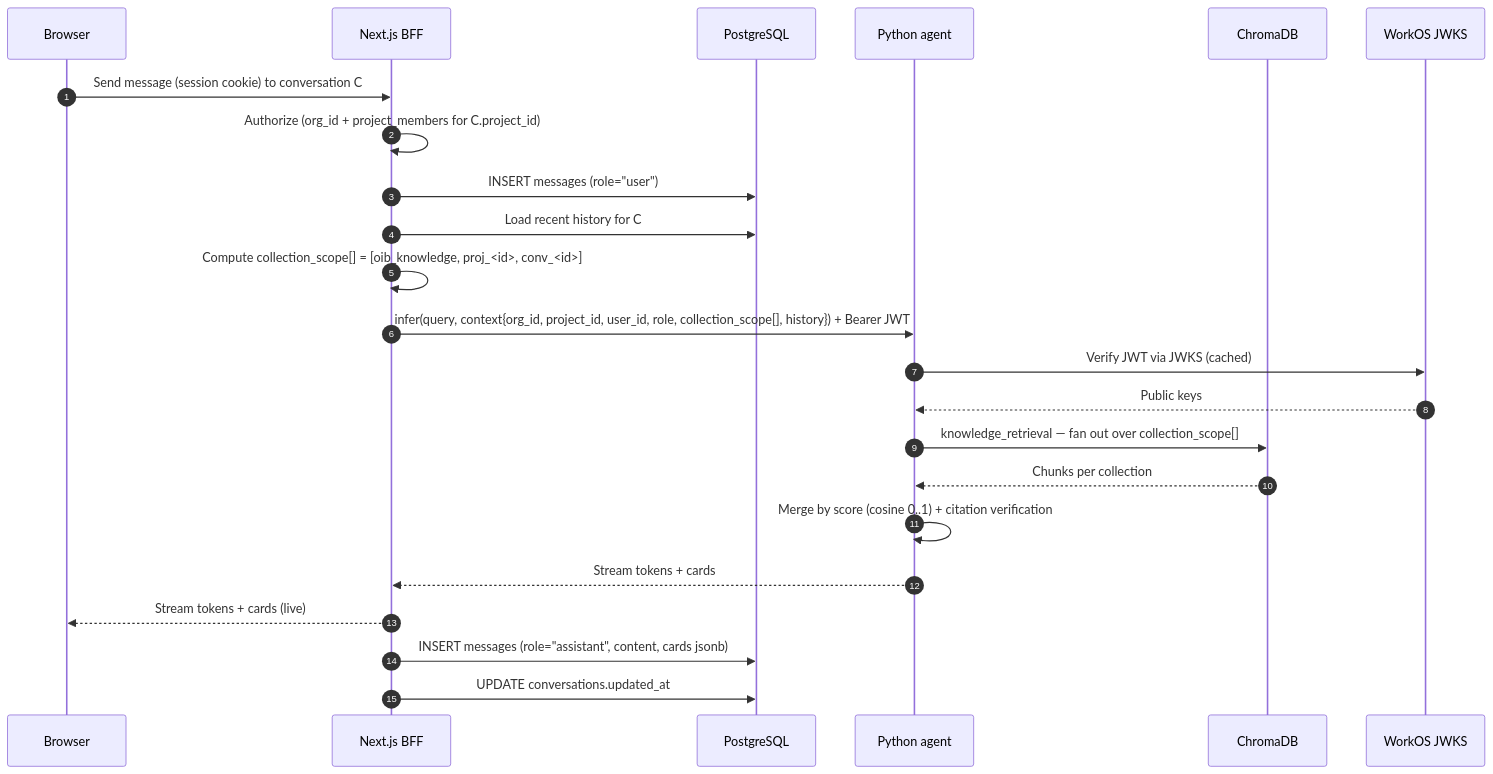
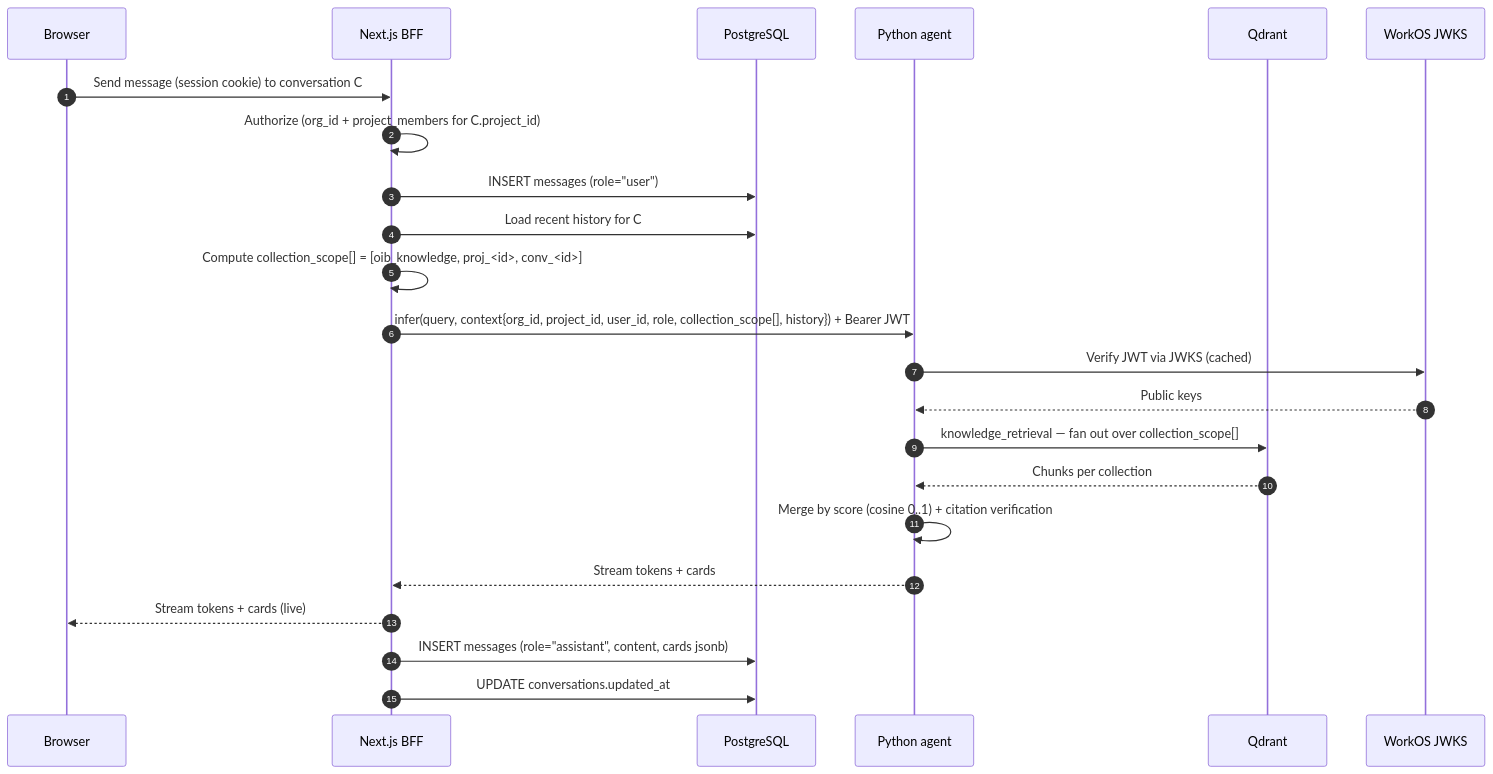
Diagram 13 of 15 in docs/architecture/multitenancy-and-auth-spec.md (GRID-check/archos), drawn with Mermaid before and after one commit. The commit also changed other lines of this file and 338 other files, not shown here.

First line of the commit message:
feat(knowledge)!: replace Chroma with Qdrant, with a one-time migration and one-query cross-project search (#1019)

````diff
--- a/docs/architecture/multitenancy-and-auth-spec.md
+++ b/docs/architecture/multitenancy-and-auth-spec.md
@@ -729,26 +729,26 @@
 ```mermaid
 sequenceDiagram
     autonumber
     participant U as Browser
     participant B as Next.js BFF
     participant DB as PostgreSQL
     participant P as Python agent
-    participant V as ChromaDB
+    participant V as Qdrant
     participant W as WorkOS JWKS
 
     U->>B: Send message (session cookie) to conversation C
     B->>B: Authorize (org_id + project_members for C.project_id)
     B->>DB: INSERT messages (role="user")
     B->>DB: Load recent history for C
     B->>B: Compute collection_scope[] = [oib_knowledge, proj_<id>, conv_<id>]
     B->>P: infer(query, context{org_id, project_id, user_id, role, collection_scope[], history}) + Bearer JWT
     P->>W: Verify JWT via JWKS (cached)
     W-->>P: Public keys
     P->>V: knowledge_retrieval — fan out over collection_scope[]
     V-->>P: Chunks per collection
     P->>P: Merge by score (cosine 0..1) + citation verification
     P-->>B: Stream tokens + cards
     B-->>U: Stream tokens + cards (live)
     B->>DB: INSERT messages (role="assistant", content, cards jsonb)
     B->>DB: UPDATE conversations.updated_at
 ```
````
